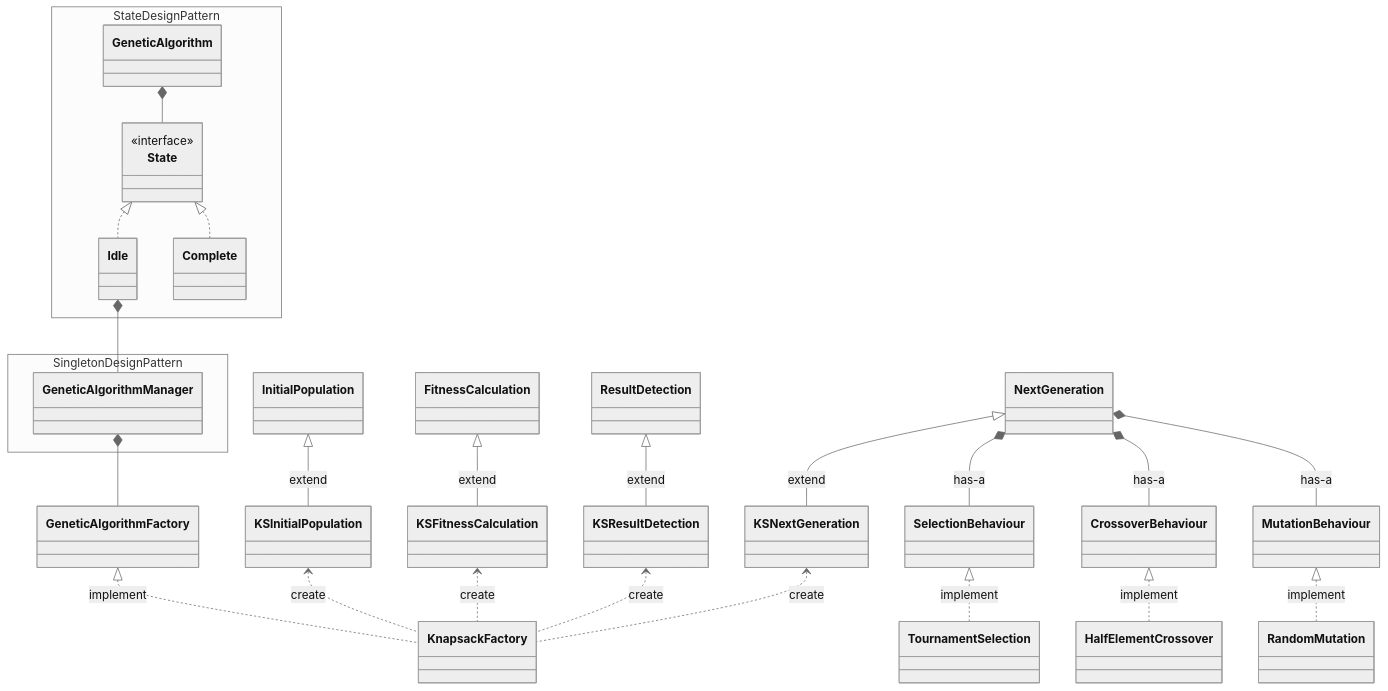
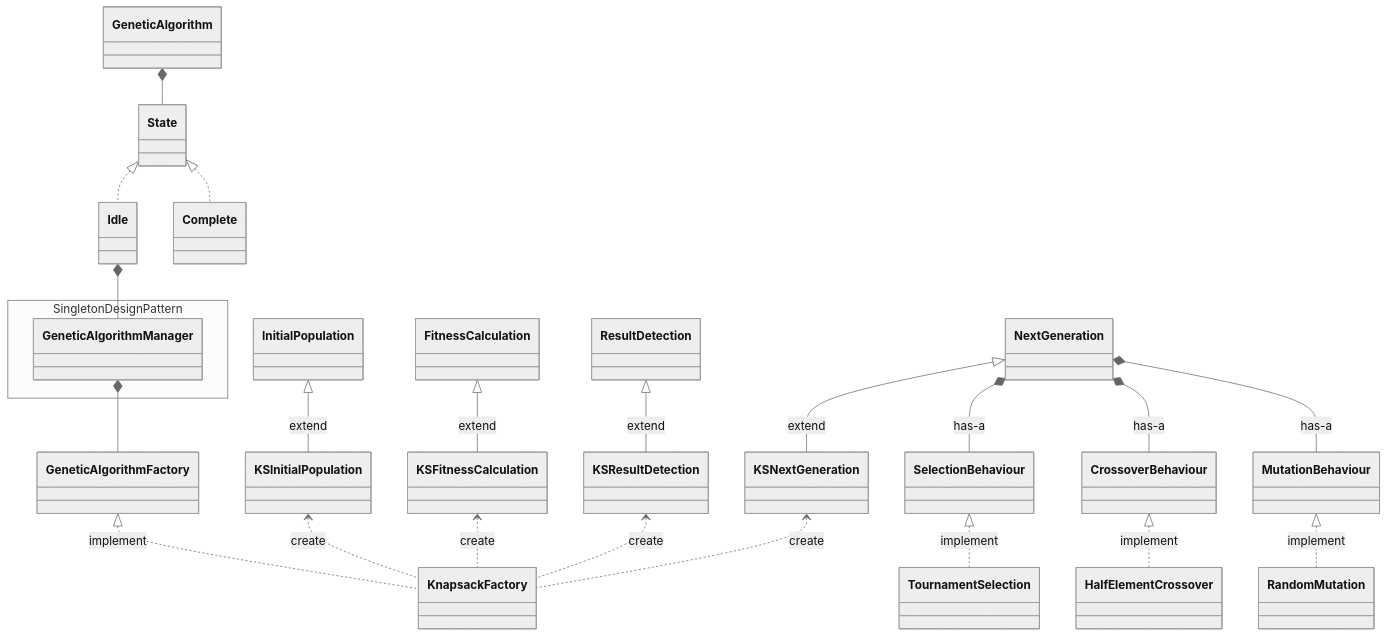
The diagram in systemDesign/classDiagram.md (atagunay/knapsack), drawn with Mermaid (neutral theme) before and after one commit.

Commit message:
[improvement] Fix mermaid class diagram

````diff
--- a/systemDesign/classDiagram.md
+++ b/systemDesign/classDiagram.md
@@ -5,37 +5,28 @@
 ```mermaid
 classDiagram
     State <|.. Idle
     State <|.. Complete
     GeneticAlgorithm *-- State
     Idle *-- GeneticAlgorithmManager
     GeneticAlgorithmFactory <|.. KnapsackFactory: implement
     InitialPopulation <|-- KSInitialPopulation: extend
     FitnessCalculation <|-- KSFitnessCalculation: extend
     NextGeneration <|-- KSNextGeneration: extend
     ResultDetection <|-- KSResultDetection: extend
     KSInitialPopulation <.. KnapsackFactory: create
     KSFitnessCalculation <.. KnapsackFactory: create
     KSResultDetection <.. KnapsackFactory: create
     KSNextGeneration <.. KnapsackFactory: create
     GeneticAlgorithmManager *-- GeneticAlgorithmFactory
     NextGeneration *-- SelectionBehaviour: has-a
     NextGeneration *-- CrossoverBehaviour: has-a
     NextGeneration *-- MutationBehaviour: has-a
     MutationBehaviour <|.. RandomMutation: implement
     CrossoverBehaviour <|.. HalfElementCrossover: implement
     SelectionBehaviour <|.. TournamentSelection: implement
 
-    namespace State Design Pattern {
-        class GeneticAlgorithm
-        class Idle
-        class Complete
-
-        class State {
-            <<interface>>
-        }
-    }
-
+    
     namespace Singleton Design Pattern {
         class GeneticAlgorithmManager
     }
 ```
````
